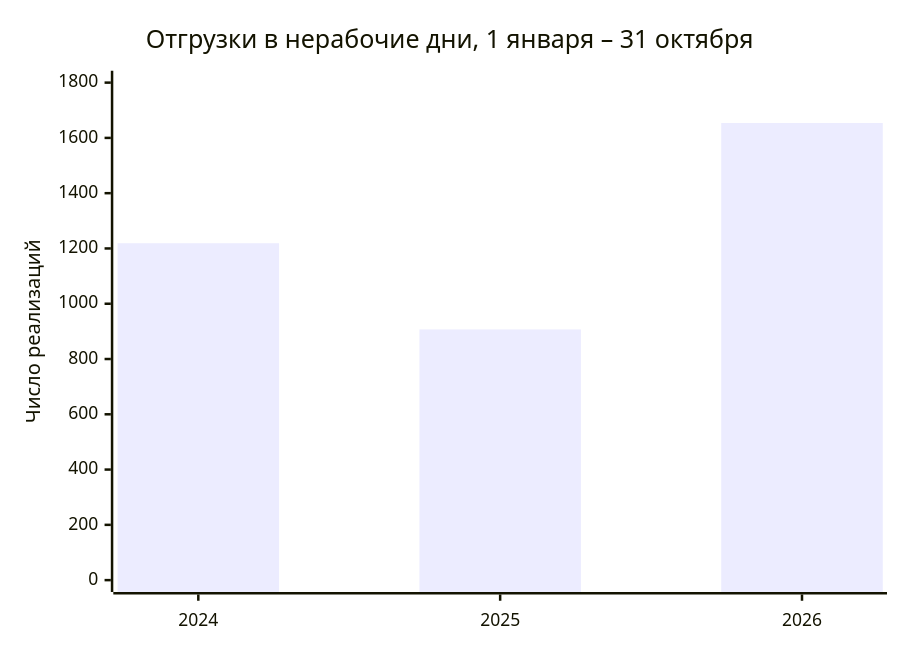
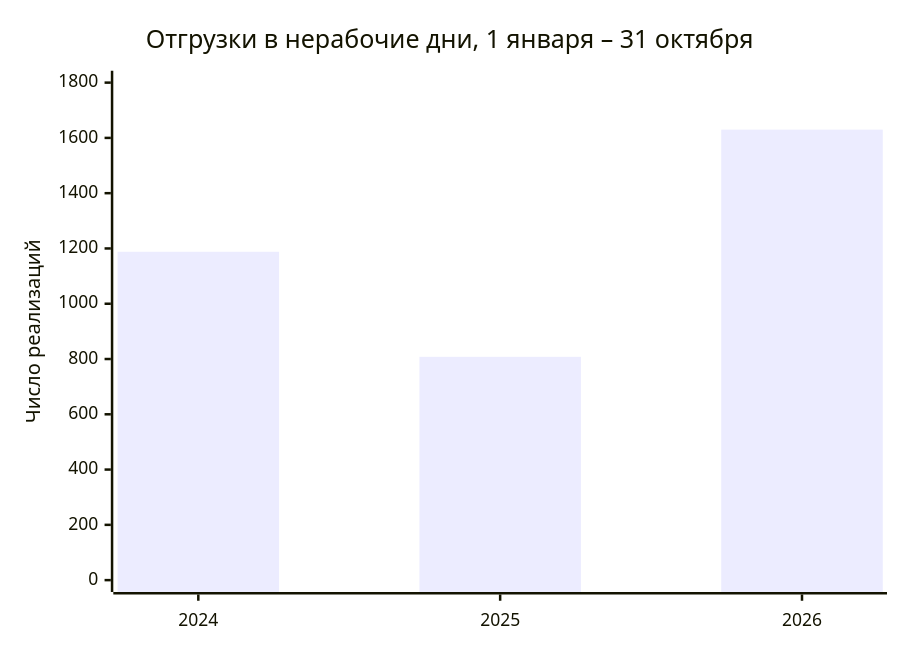
The diagram in README.md (arimberg-svg/otgruzki-yurikam), drawn with Mermaid before and after one commit. The commit also changed other lines of this file and 1 other file, not shown here.

Commit message:
Убрать закрытый магазин №4 и поправить СПК в Луговом, Березняках и на Авторемонтной.

````diff
--- a/README.md
+++ b/README.md
@@ -9,7 +9,7 @@
 ```mermaid
 xychart-beta
     title "Отгрузки в нерабочие дни, 1 января – 31 октября"
     x-axis [2024, 2025, 2026]
     y-axis "Число реализаций" 0 --> 1800
-    bar [1219, 907, 1654]
+    bar [1188, 808, 1630]
 ```
````
